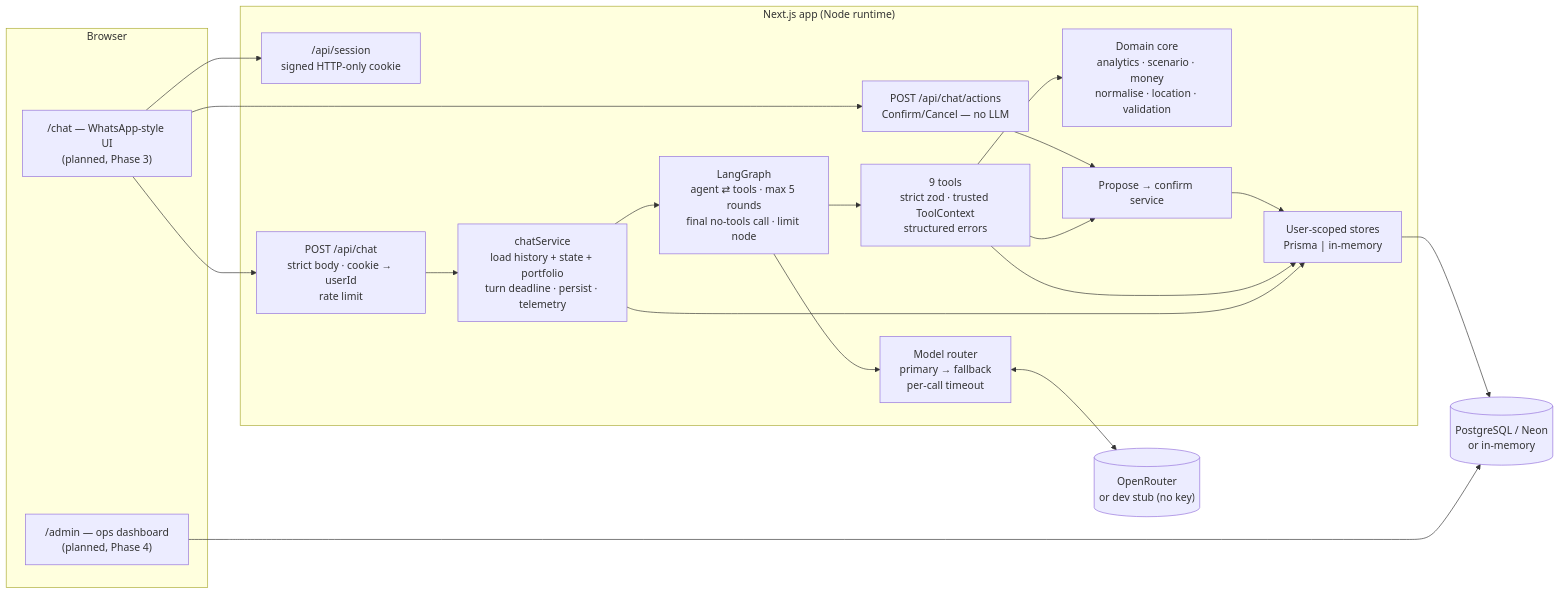
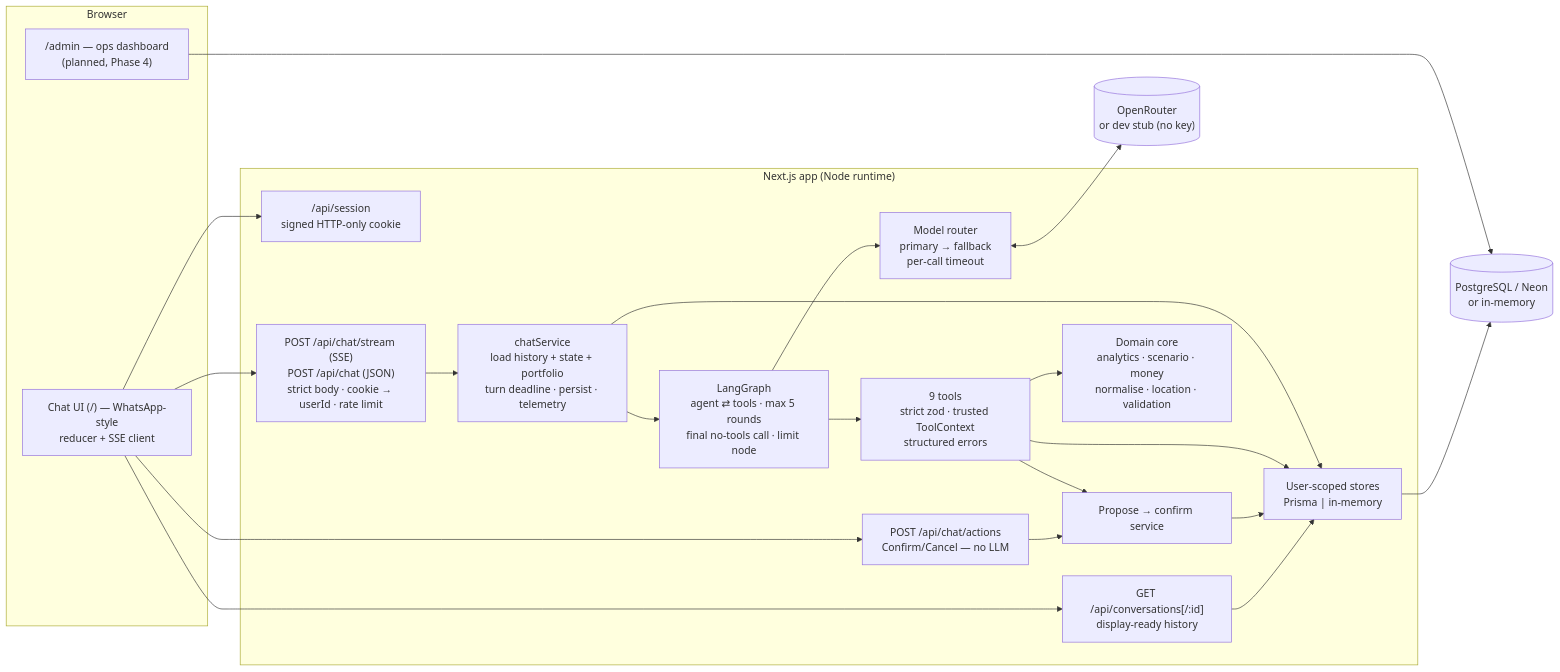
The first of 2 diagrams in docs/architecture.md (Vivek24051/ai-portfolio-analyst), drawn with Mermaid before and after one commit. The commit also changed other lines of this file and 36 other files, not shown here.

First line of the commit message:
Phase 3: WhatsApp-style chat UI with SSE streaming

````diff
--- a/docs/architecture.md
+++ b/docs/architecture.md
@@ -5,33 +5,35 @@
 ```mermaid
 flowchart LR
   subgraph Browser
-    Chat["/chat — WhatsApp-style UI<br/>(planned, Phase 3)"]
+    Chat["Chat UI (/) — WhatsApp-style<br/>reducer + SSE client"]
     Admin["/admin — ops dashboard<br/>(planned, Phase 4)"]
   end
 
   subgraph Next["Next.js app (Node runtime)"]
     Session["/api/session<br/>signed HTTP-only cookie"]
-    API["POST /api/chat<br/>strict body · cookie → userId<br/>rate limit"]
+    API["POST /api/chat/stream (SSE)<br/>POST /api/chat (JSON)<br/>strict body · cookie → userId · rate limit"]
+    Hist["GET /api/conversations[/:id]<br/>display-ready history"]
     Btn["POST /api/chat/actions<br/>Confirm/Cancel — no LLM"]
     Svc["chatService<br/>load history + state + portfolio<br/>turn deadline · persist · telemetry"]
     Graph["LangGraph<br/>agent ⇄ tools · max 5 rounds<br/>final no-tools call · limit node"]
     Router["Model router<br/>primary → fallback<br/>per-call timeout"]
     Tools["9 tools<br/>strict zod · trusted ToolContext<br/>structured errors"]
     Domain["Domain core<br/>analytics · scenario · money<br/>normalise · location · validation"]
     Actions["Propose → confirm service"]
     Stores["User-scoped stores<br/>Prisma | in-memory"]
   end
 
   LLM[("OpenRouter<br/>or dev stub (no key)")]
   DB[("PostgreSQL / Neon<br/>or in-memory")]
 
   Chat --> Session
   Chat --> API --> Svc --> Graph
+  Chat --> Hist --> Stores
   Chat --> Btn --> Actions
   Graph --> Router <--> LLM
   Graph --> Tools --> Domain
   Tools --> Actions --> Stores
   Tools --> Stores
   Svc --> Stores --> DB
   Admin --> DB
 ```
````
